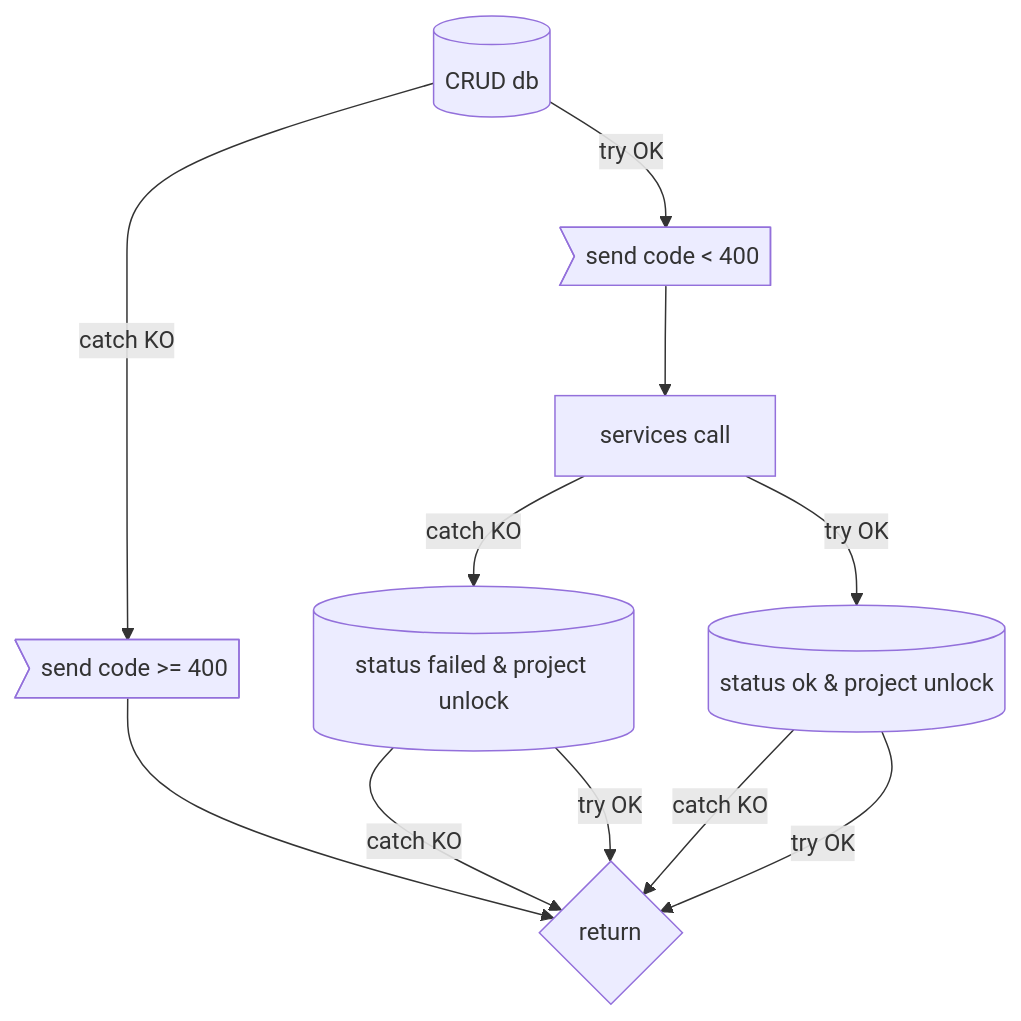
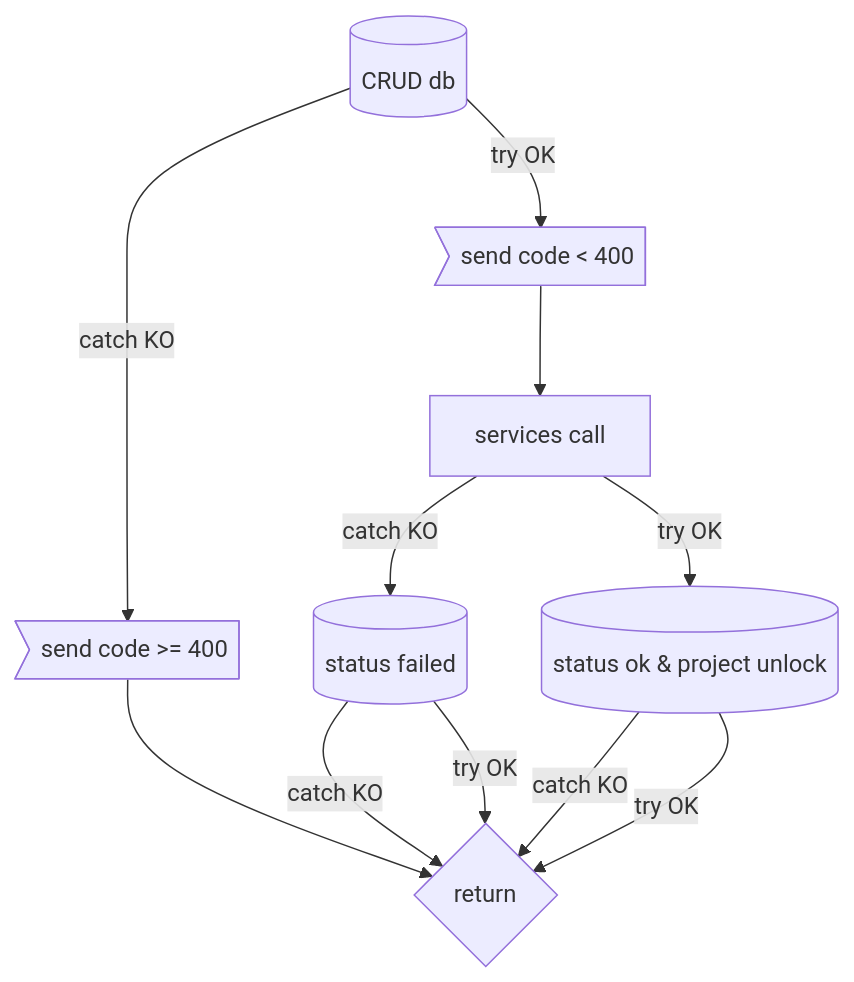
One commit to cloud-pi-native/console changed the diagram in misc/controllers.md. Above: the diagram before and after it, drawn with Mermaid. The commit also changed 47 other files, not shown here.

````diff
--- a/misc/controllers.md
+++ b/misc/controllers.md
@@ -3,14 +3,14 @@
 ```mermaid
 flowchart TD
     A[(CRUD db)]
     A -->|catch KO| B>send code >= 400]
     B --> G{return}
     A -->|try OK| C>send code < 400]
     C --> D[services call]
-    D -->|catch KO| E[(status failed & project unlock)]
+    D -->|catch KO| E[(status failed)]
     E -->|catch KO| G
     E -->|try OK| G
     D -->|try OK| F[(status ok & project unlock)]
     F -->|catch KO| G
     F -->|try OK| G
 ```
````
